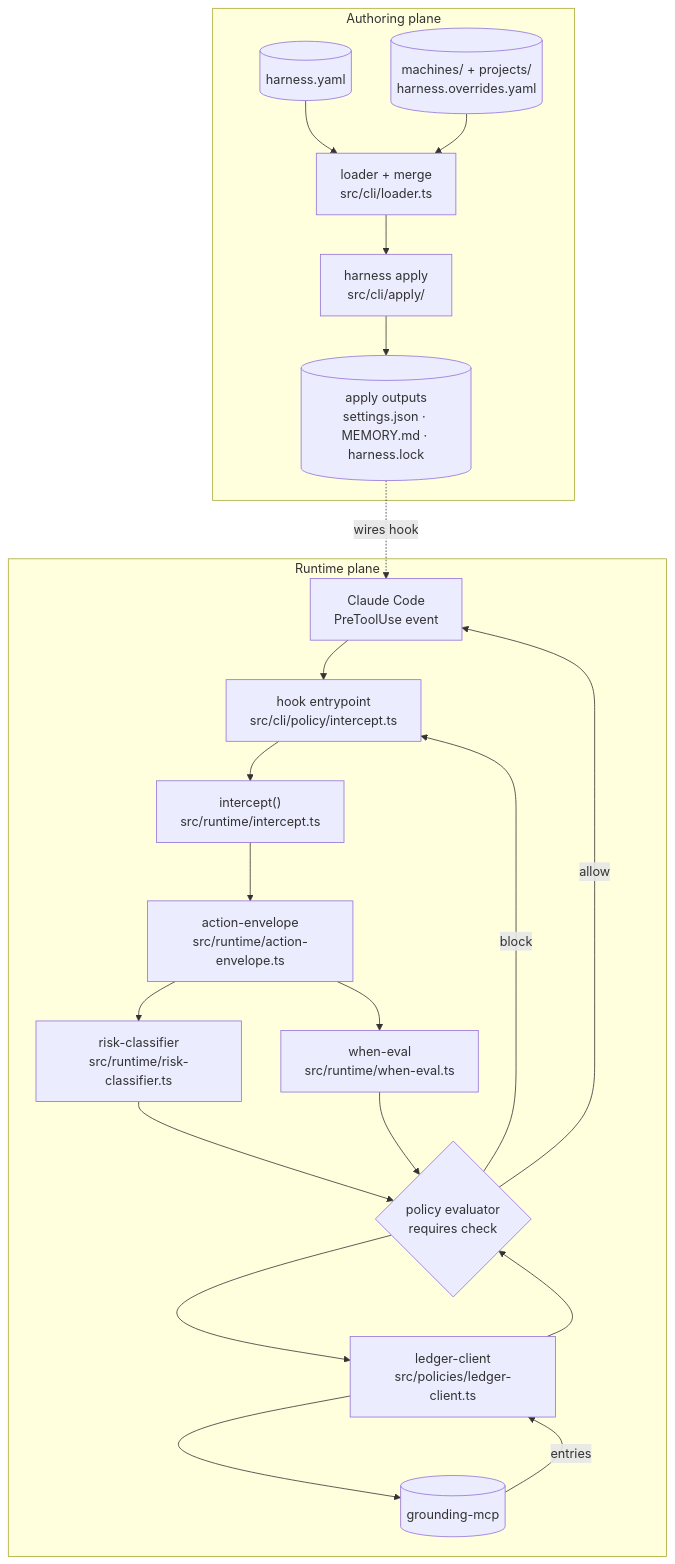
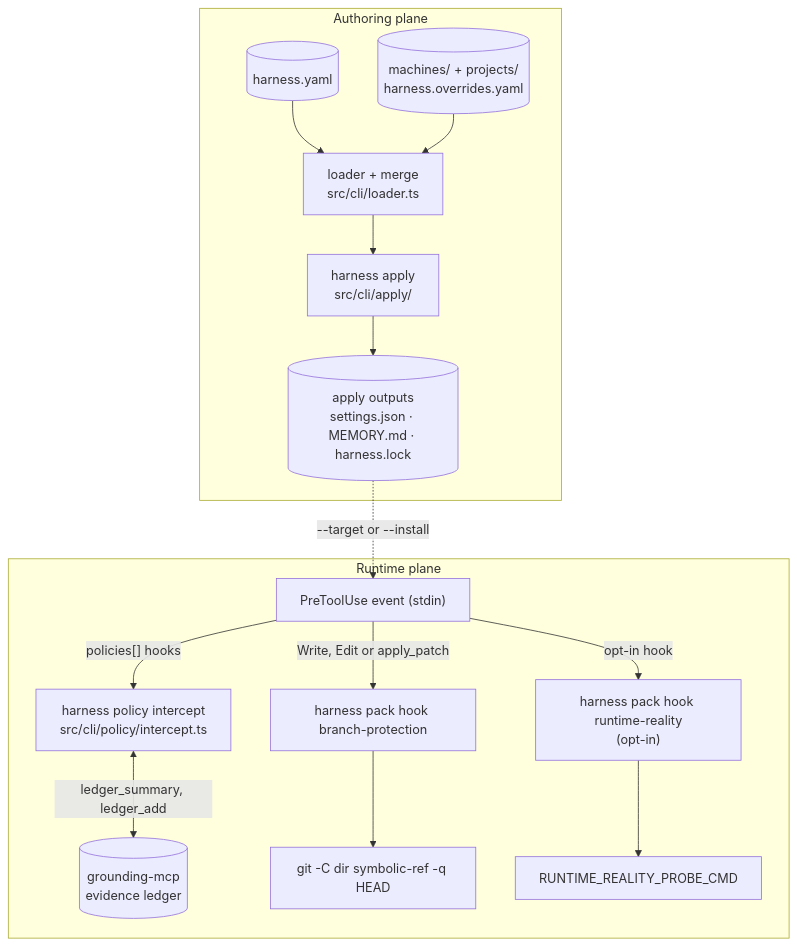
One commit to LanNguyenSi/harness changed the second of 3 diagrams in docs/ARCHITECTURE.md. Above: the diagram before and after it, drawn with Mermaid. The commit also changed other lines of this file and 14 other files, not shown here.

First line of the commit message:
docs: align operator docs with the current runtime, apply and uninstall behaviour

````diff
--- a/docs/ARCHITECTURE.md
+++ b/docs/ARCHITECTURE.md
@@ -44,43 +46,32 @@
 ```mermaid
 flowchart TD
   subgraph AUTH ["Authoring plane"]
     HY[("harness.yaml")]
     OV[("machines/ + projects/<br/>harness.overrides.yaml")]
     LM["loader + merge<br/>src/cli/loader.ts"]
     APL["harness apply<br/>src/cli/apply/"]
     OUT[("apply outputs<br/>settings.json · MEMORY.md · harness.lock")]
 
     HY --> LM
     OV --> LM
     LM --> APL
     APL --> OUT
   end
 
   subgraph RUN ["Runtime plane"]
-    EVT["Claude Code<br/>PreToolUse event"]
-    CLI["hook entrypoint<br/>src/cli/policy/intercept.ts"]
-    INT["intercept()<br/>src/runtime/intercept.ts"]
-    AE["action-envelope<br/>src/runtime/action-envelope.ts"]
-    RC["risk-classifier<br/>src/runtime/risk-classifier.ts"]
-    WE["when-eval<br/>src/runtime/when-eval.ts"]
-    PE{"policy evaluator<br/>requires check"}
-    LC["ledger-client<br/>src/policies/ledger-client.ts"]
-    GR[("grounding-mcp")]
+    EVT["PreToolUse event (stdin)"]
+    PI["harness policy intercept<br/>src/cli/policy/intercept.ts"]
+    GR[("grounding-mcp<br/>evidence ledger")]
+    BP["harness pack hook branch-protection"]
+    GIT["git -C dir symbolic-ref -q HEAD"]
+    RR["harness pack hook runtime-reality<br/>(opt-in)"]
+    PROBE["RUNTIME_REALITY_PROBE_CMD"]
 
-    EVT --> CLI
-    CLI --> INT
-    INT --> AE
-    AE --> RC
-    AE --> WE
-    RC --> PE
-    WE --> PE
-    PE --> LC
-    LC --> GR
-    GR -->|entries| LC
-    LC --> PE
-    PE -->|allow| EVT
-    PE -->|block| CLI
+    EVT -->|"policies[] hooks"| PI
+    PI <-->|"ledger_summary, ledger_add"| GR
+    EVT -->|"Write, Edit or apply_patch"| BP --> GIT
+    EVT -->|opt-in hook| RR --> PROBE
   end
 
-  OUT -.->|wires hook| EVT
+  OUT -.->|"--target or --install"| EVT
 ```
````
